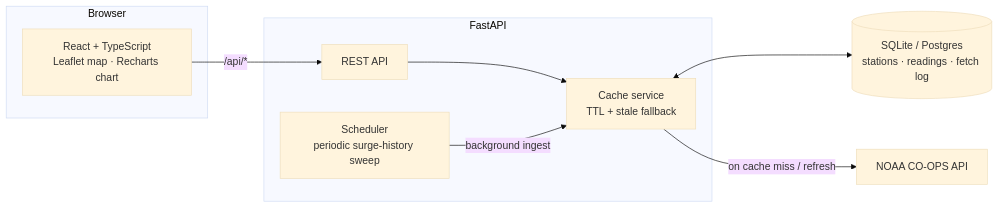
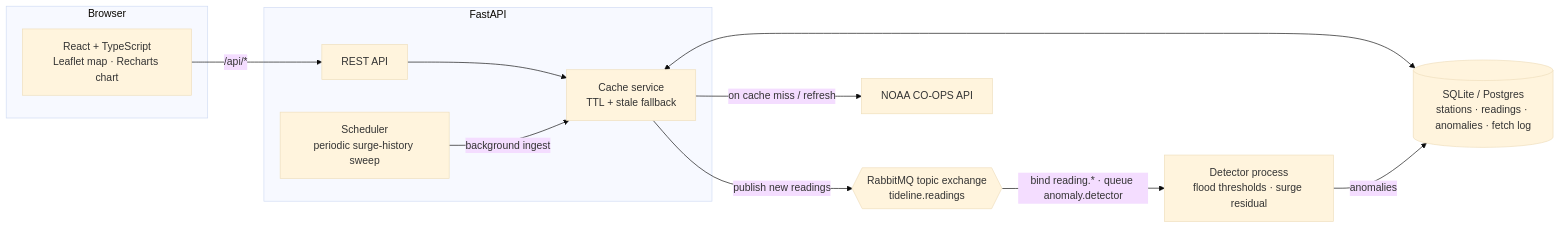
Before and after one commit to alejandro-publius/tideline: the diagram in README.md, drawn with Mermaid (base theme). The commit also changed other lines of this file and 3 other files, not shown here.

````diff
--- a/README.md
+++ b/README.md
@@ -38,19 +39,24 @@
 ```mermaid
 flowchart LR
     subgraph Browser
         UI[React + TypeScript<br/>Leaflet map · Recharts chart]
     end
     subgraph Backend[FastAPI]
         API[REST API]
         SVC[Cache service<br/>TTL + stale fallback]
         SCHED[Scheduler<br/>periodic surge-history sweep]
     end
-    DB[(SQLite / Postgres<br/>stations · readings · fetch log)]
+    MQ{{RabbitMQ topic exchange<br/>tideline.readings}}
+    DET[Detector process<br/>flood thresholds · surge residual]
+    DB[(SQLite / Postgres<br/>stations · readings · anomalies · fetch log)]
     NOAA[NOAA CO-OPS API]
 
     UI -- "/api/*" --> API
     API --> SVC
     SCHED -- "background ingest" --> SVC
     SVC <--> DB
     SVC -- "on cache miss / refresh" --> NOAA
+    SVC -- "publish new readings" --> MQ
+    MQ -- "bind reading.* · queue anomaly.detector" --> DET
+    DET -- "anomalies" --> DB
 ```
````
